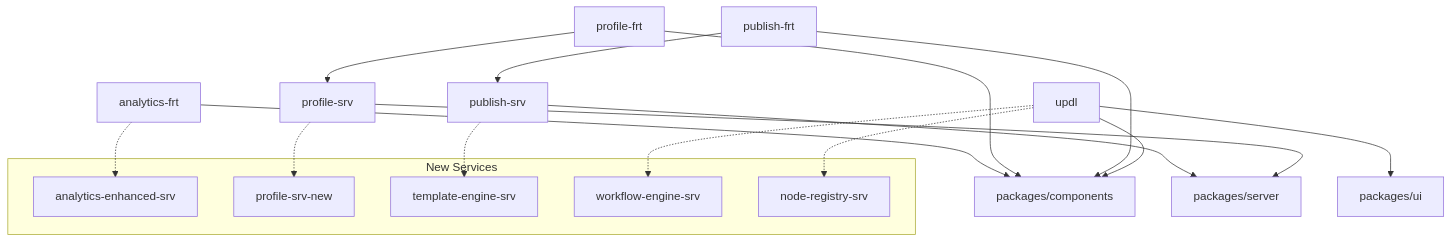
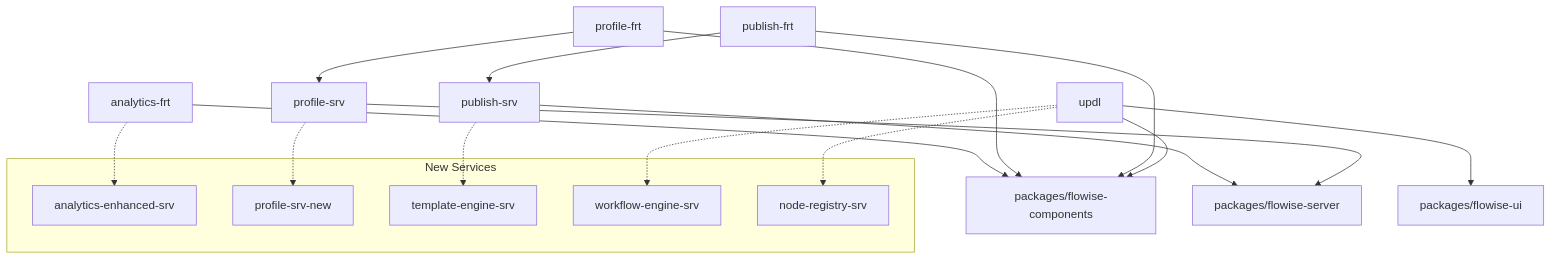
One commit to teknokomo/universo-platformo-react changed the diagram in docs/en/roadmap/implementation-plan/migration-strategy.md. Above: the diagram before and after it, drawn with Mermaid. The commit also changed 3384 other files, not shown here.

````diff
--- a/docs/en/roadmap/implementation-plan/migration-strategy.md
+++ b/docs/en/roadmap/implementation-plan/migration-strategy.md
@@ -236,26 +236,26 @@
 ```mermaid
 graph TD
-    A[analytics-frt] --> B[packages/components]
+    A[analytics-frt] --> B[packages/flowise-components]
     C[profile-frt] --> B
     C --> D[profile-srv]
     E[publish-frt] --> B
     E --> F[publish-srv]
-    F --> G[packages/server]
+    F --> G[packages/flowise-server]
     D --> G
     H[updl] --> B
-    H --> I[packages/ui]
+    H --> I[packages/flowise-ui]
     
     subgraph "New Services"
         J[analytics-enhanced-srv]
         K[profile-srv-new]
         L[template-engine-srv]
         M[workflow-engine-srv]
         N[node-registry-srv]
     end
     
     A -.-> J
     D -.-> K
     F -.-> L
     H -.-> M
     H -.-> N
 ```
````
